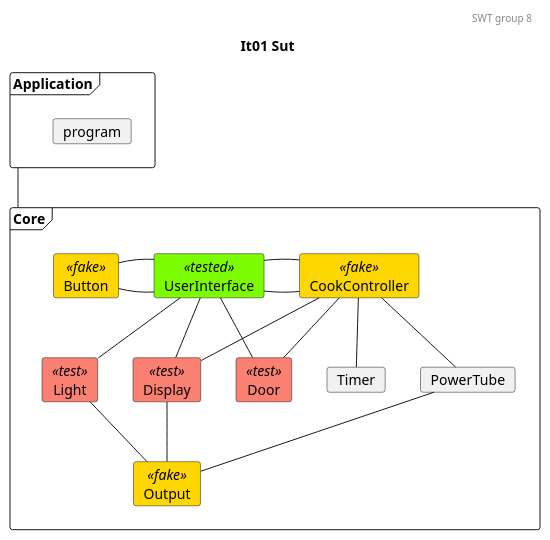
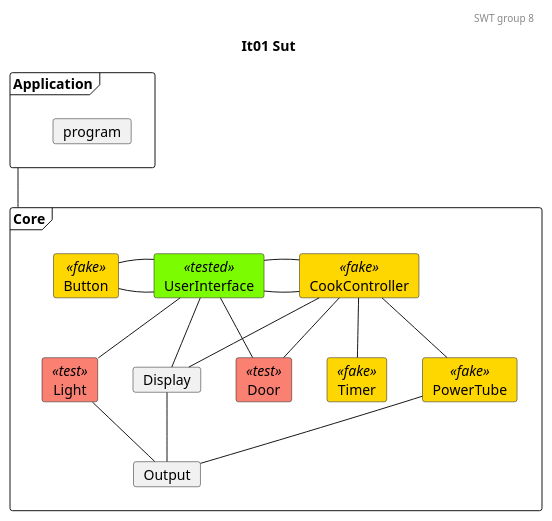
Before and after one commit to mikkel-ol/I4SWT-MicrowaveOven: the diagram in docs/SysTestTree1.plantuml, drawn with PlantUML. The commit also changed 1 other file, not shown here.

```diff
--- a/docs/SysTestTree1.plantuml
+++ b/docs/SysTestTree1.plantuml
@@ -1,63 +1,63 @@
 @startuml
 
 'Testing colors:
 skinparam card{
     backgroundColor<<tested>> lawngreen
     backgroundColor<<sut>> salmon
     backgroundColor<<test>> salmon
     backgroundColor<<fake>> gold
 }
 
 header SWT group 8
 title It01 Sut
 
 frame Application{
     card program
 }
 
 frame Core{
     card UserInterface<<tested>>
     card CookController<<fake>>
 
     card Door<<test>>
     card Light<<test>>
-    card Timer
-    card PowerTube
-    card Display<<test>>
-    card Output<<fake>>
+    card Timer<<fake>>
+    card PowerTube<<fake>>
+    card Display
+    card Output
     card Button<<fake>>
 }
 
 'Relations projects
 ' 0. to 1.
 Application -- Core
 
 'Relations CookController:
 '1.
 CookController - UserInterface
 '1. to 2.
 CookController -- Door
 CookController -- Timer
 CookController -- PowerTube
 CookController -- Display
 
 'Relations UserInterface:
 '1.
 UserInterface - CookController
 Button - UserInterface 
 UserInterface - Button
 
 '1. to 2.
 UserInterface -- Light
 UserInterface -- Door
 UserInterface -- Display
 
 
 ' Relations 2. to 3.
 Light -- Output
 Display -- Output
 PowerTube -- Output
 
 
 
 @enduml
```
